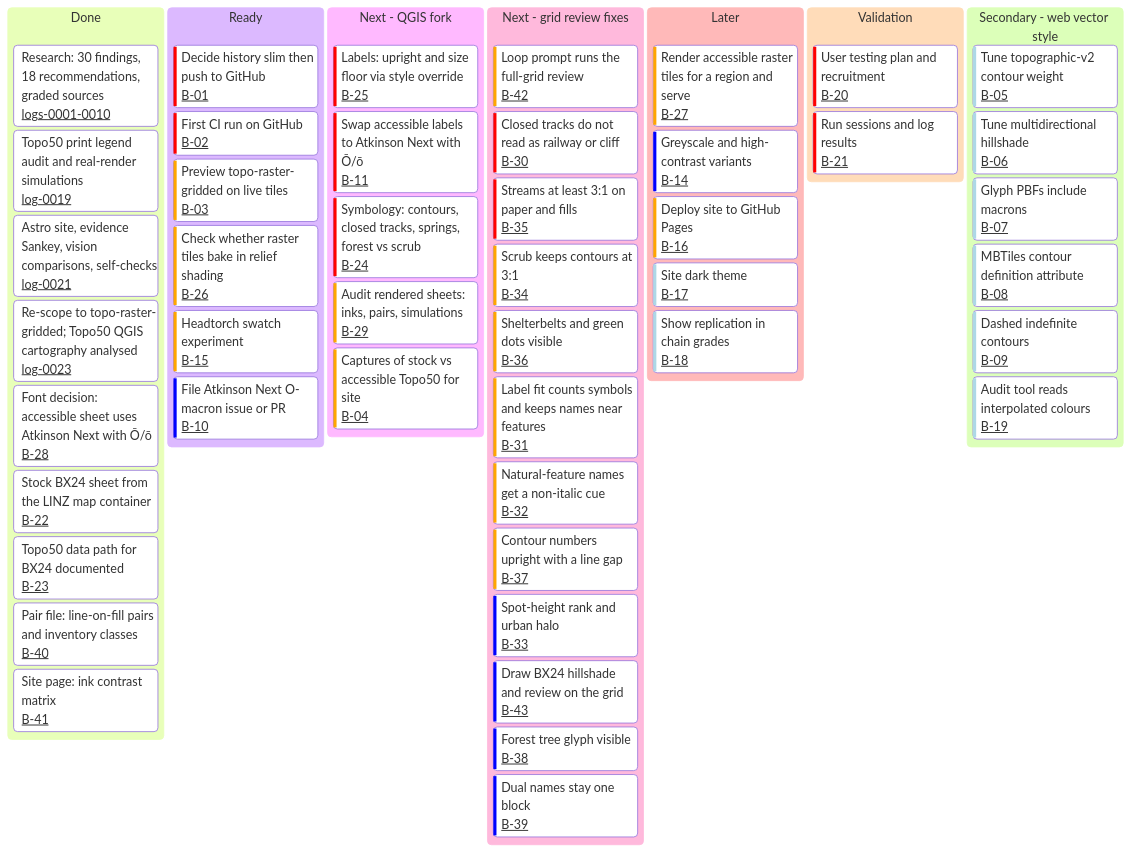
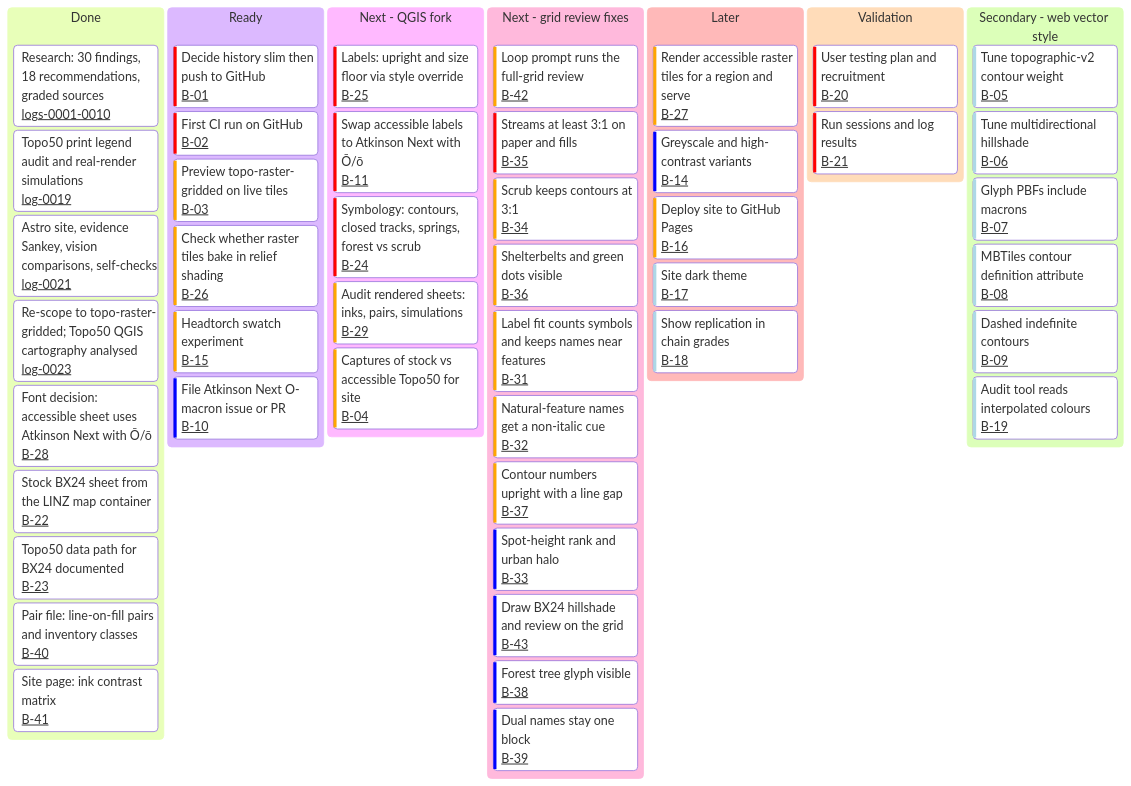
One commit to joshmcarthur/nz-accessible-topo changed the diagram in BACKLOG.md. Above: the diagram before and after it, drawn with Mermaid. The commit also changed other lines of this file and 3 other files, not shown here.

````diff
--- a/BACKLOG.md
+++ b/BACKLOG.md
@@ -32,60 +32,59 @@
 ```mermaid
 ---
 config:
   kanban:
     ticketBaseUrl: '#'
 ---
 kanban
   done[Done]
     d1[Research: 30 findings, 18 recommendations, graded sources]@{ ticket: logs-0001-0010 }
     d2[Topo50 print legend audit and real-render simulations]@{ ticket: log-0019 }
     d3[Astro site, evidence Sankey, vision comparisons, self-checks]@{ ticket: log-0021 }
     d4[Re-scope to topo-raster-gridded; Topo50 QGIS cartography analysed]@{ ticket: log-0023 }
     d5[Font decision: accessible sheet uses Atkinson Next with Ō/ō]@{ ticket: B-28 }
     d6[Stock BX24 sheet from the LINZ map container]@{ ticket: B-22 }
     d7[Topo50 data path for BX24 documented]@{ ticket: B-23 }
     d8[Pair file: line-on-fill pairs and inventory classes]@{ ticket: B-40 }
     d9[Site page: ink contrast matrix]@{ ticket: B-41 }
   ready[Ready]
     b01[Decide history slim then push to GitHub]@{ ticket: B-01, priority: 'Very High' }
     b02[First CI run on GitHub]@{ ticket: B-02, priority: 'Very High' }
     b03[Preview topo-raster-gridded on live tiles]@{ ticket: B-03, priority: 'High' }
     b26[Check whether raster tiles bake in relief shading]@{ ticket: B-26, priority: 'High' }
     b15[Headtorch swatch experiment]@{ ticket: B-15, priority: 'High' }
     b10[File Atkinson Next O-macron issue or PR]@{ ticket: B-10, priority: 'Low' }
   next[Next - QGIS fork]
     b25[Labels: upright and size floor via style override]@{ ticket: B-25, priority: 'Very High' }
     b11[Swap accessible labels to Atkinson Next with Ō/ō]@{ ticket: B-11, priority: 'Very High' }
     b24[Symbology: contours, closed tracks, springs, forest vs scrub]@{ ticket: B-24, priority: 'Very High' }
     b29[Audit rendered sheets: inks, pairs, simulations]@{ ticket: B-29, priority: 'High' }
     b04[Captures of stock vs accessible Topo50 for site]@{ ticket: B-04, priority: 'High' }
   review[Next - grid review fixes]
     b42[Loop prompt runs the full-grid review]@{ ticket: B-42, priority: 'High' }
-    b30[Closed tracks do not read as railway or cliff]@{ ticket: B-30, priority: 'Very High' }
     b35[Streams at least 3:1 on paper and fills]@{ ticket: B-35, priority: 'Very High' }
     b34[Scrub keeps contours at 3:1]@{ ticket: B-34, priority: 'High' }
     b36[Shelterbelts and green dots visible]@{ ticket: B-36, priority: 'High' }
     b31[Label fit counts symbols and keeps names near features]@{ ticket: B-31, priority: 'High' }
     b32[Natural-feature names get a non-italic cue]@{ ticket: B-32, priority: 'High' }
     b37[Contour numbers upright with a line gap]@{ ticket: B-37, priority: 'High' }
     b33[Spot-height rank and urban halo]@{ ticket: B-33, priority: 'Low' }
     b43[Draw BX24 hillshade and review on the grid]@{ ticket: B-43, priority: 'Low' }
     b38[Forest tree glyph visible]@{ ticket: B-38, priority: 'Low' }
     b39[Dual names stay one block]@{ ticket: B-39, priority: 'Low' }
   later[Later]
     b27[Render accessible raster tiles for a region and serve]@{ ticket: B-27, priority: 'High' }
     b14[Greyscale and high-contrast variants]@{ ticket: B-14, priority: 'Low' }
     b16[Deploy site to GitHub Pages]@{ ticket: B-16, priority: 'High' }
     b17[Site dark theme]@{ ticket: B-17, priority: 'Very Low' }
     b18[Show replication in chain grades]@{ ticket: B-18, priority: 'Very Low' }
   validate[Validation]
     b20[User testing plan and recruitment]@{ ticket: B-20, priority: 'Very High' }
     b21[Run sessions and log results]@{ ticket: B-21, priority: 'Very High' }
   secondary[Secondary - web vector style]
     b05[Tune topographic-v2 contour weight]@{ ticket: B-05, priority: 'Very Low' }
     b06[Tune multidirectional hillshade]@{ ticket: B-06, priority: 'Very Low' }
     b07[Glyph PBFs include macrons]@{ ticket: B-07, priority: 'Very Low' }
     b08[MBTiles contour definition attribute]@{ ticket: B-08, priority: 'Very Low' }
     b09[Dashed indefinite contours]@{ ticket: B-09, priority: 'Very Low' }
     b19[Audit tool reads interpolated colours]@{ ticket: B-19, priority: 'Very Low' }
 ```
````
